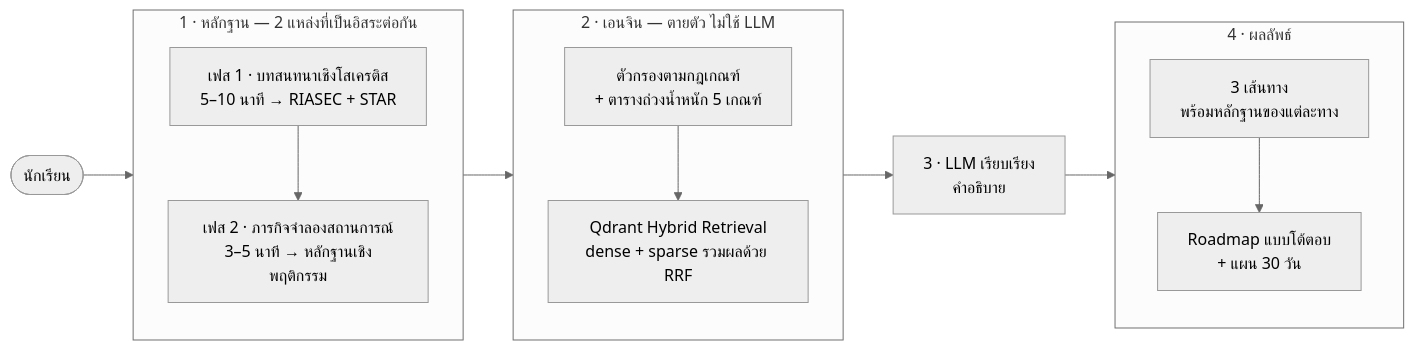
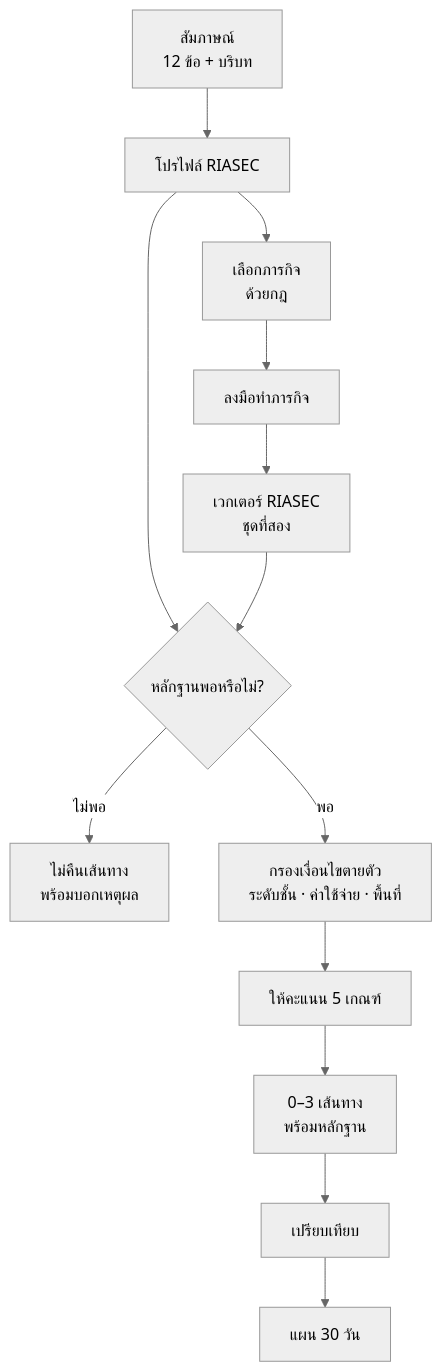
One commit to winxtxrgit/futureme-ai changed the first of 4 diagrams in READMETH.md. Above: the diagram before and after it, drawn with Mermaid (neutral theme). The commit also changed other lines of this file and 4 other files, not shown here.

````diff
--- a/READMETH.md
+++ b/READMETH.md
@@ -135,30 +172,15 @@
 ```mermaid
-flowchart LR
-    A(["นักเรียน"]) --> B
-
-    subgraph EV ["1 · หลักฐาน — 2 แหล่งที่เป็นอิสระต่อกัน"]
-        direction TB
-        B["เฟส 1 · บทสนทนาเชิงโสเครติส<br/>5–10 นาที → RIASEC + STAR"]
-        C["เฟส 2 · ภารกิจจำลองสถานการณ์<br/>3–5 นาที → หลักฐานเชิงพฤติกรรม"]
-        B --> C
-    end
-
-    C --> D
-
-    subgraph EN ["2 · เอนจิน — ตายตัว ไม่ใช้ LLM"]
-        direction TB
-        D["ตัวกรองตามกฎเกณฑ์<br/>+ ตารางถ่วงน้ำหนัก 5 เกณฑ์"]
-        E["Qdrant Hybrid Retrieval<br/>dense + sparse รวมผลด้วย RRF"]
-        D --> E
-    end
-
-    E --> F["3 · LLM เรียบเรียง<br/>คำอธิบาย"]
-    F --> G
-
-    subgraph OUT ["4 · ผลลัพธ์"]
-        direction TB
-        G["3 เส้นทาง<br/>พร้อมหลักฐานของแต่ละทาง"]
-        H["Roadmap แบบโต้ตอบ<br/>+ แผน 30 วัน"]
-        G --> H
-    end
+flowchart TD
+    A["สัมภาษณ์<br/>12 ข้อ + บริบท"] --> B["โปรไฟล์ RIASEC"]
+    B --> C["เลือกภารกิจ<br/>ด้วยกฎ"]
+    C --> D["ลงมือทำภารกิจ"]
+    D --> E["เวกเตอร์ RIASEC<br/>ชุดที่สอง"]
+    B --> F{"หลักฐานพอหรือไม่?"}
+    E --> F
+    F -->|ไม่พอ| G["ไม่คืนเส้นทาง<br/>พร้อมบอกเหตุผล"]
+    F -->|พอ| H["กรองเงื่อนไขตายตัว<br/>ระดับชั้น · ค่าใช้จ่าย · พื้นที่"]
+    H --> I["ให้คะแนน 5 เกณฑ์"]
+    I --> J["0–3 เส้นทาง<br/>พร้อมหลักฐาน"]
+    J --> K["เปรียบเทียบ"]
+    K --> L["แผน 30 วัน"]
 ```
````
